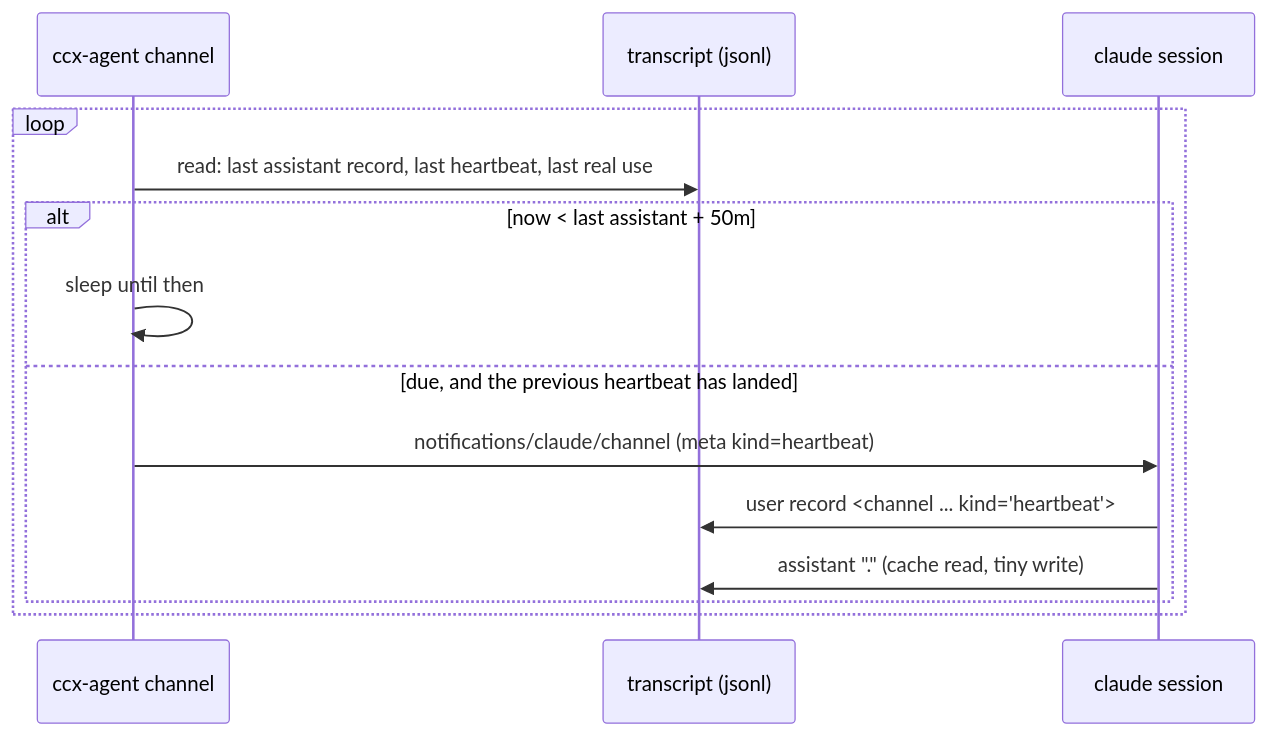
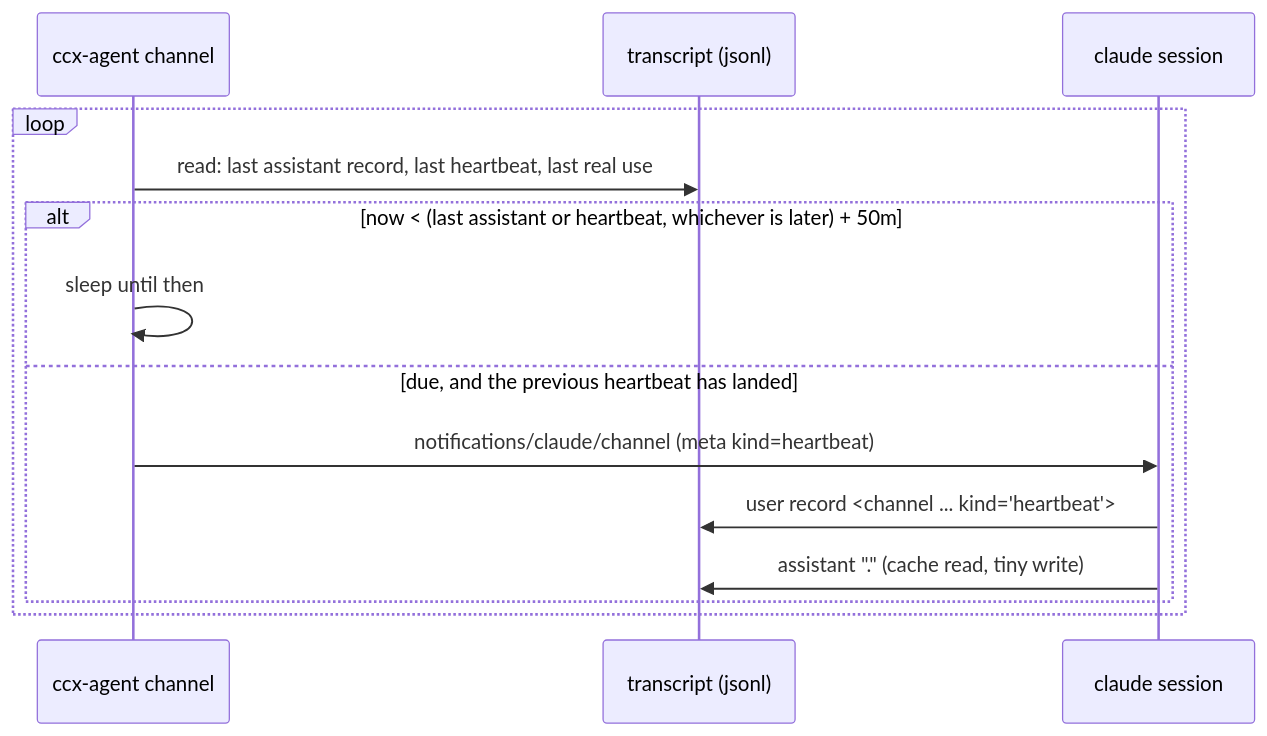
Before and after one commit to TakashiAihara/ccx: the diagram in docs/design/heartbeat.md, drawn with Mermaid. The commit also changed other lines of this file and 6 other files, not shown here.

````diff
--- a/docs/design/heartbeat.md
+++ b/docs/design/heartbeat.md
@@ -18,17 +20,17 @@
 ```mermaid
 sequenceDiagram
     participant C as ccx-agent channel
     participant T as transcript (jsonl)
     participant S as claude session
 
     loop
         C->>T: read: last assistant record, last heartbeat, last real use
-        alt now < last assistant + 50m
+        alt now < (last assistant or heartbeat, whichever is later) + 50m
             C->>C: sleep until then
         else due, and the previous heartbeat has landed
             C->>S: notifications/claude/channel (meta kind=heartbeat)
             S->>T: user record <channel ... kind="heartbeat">
             S->>T: assistant "." (cache read, tiny write)
         end
     end
 ```
````
